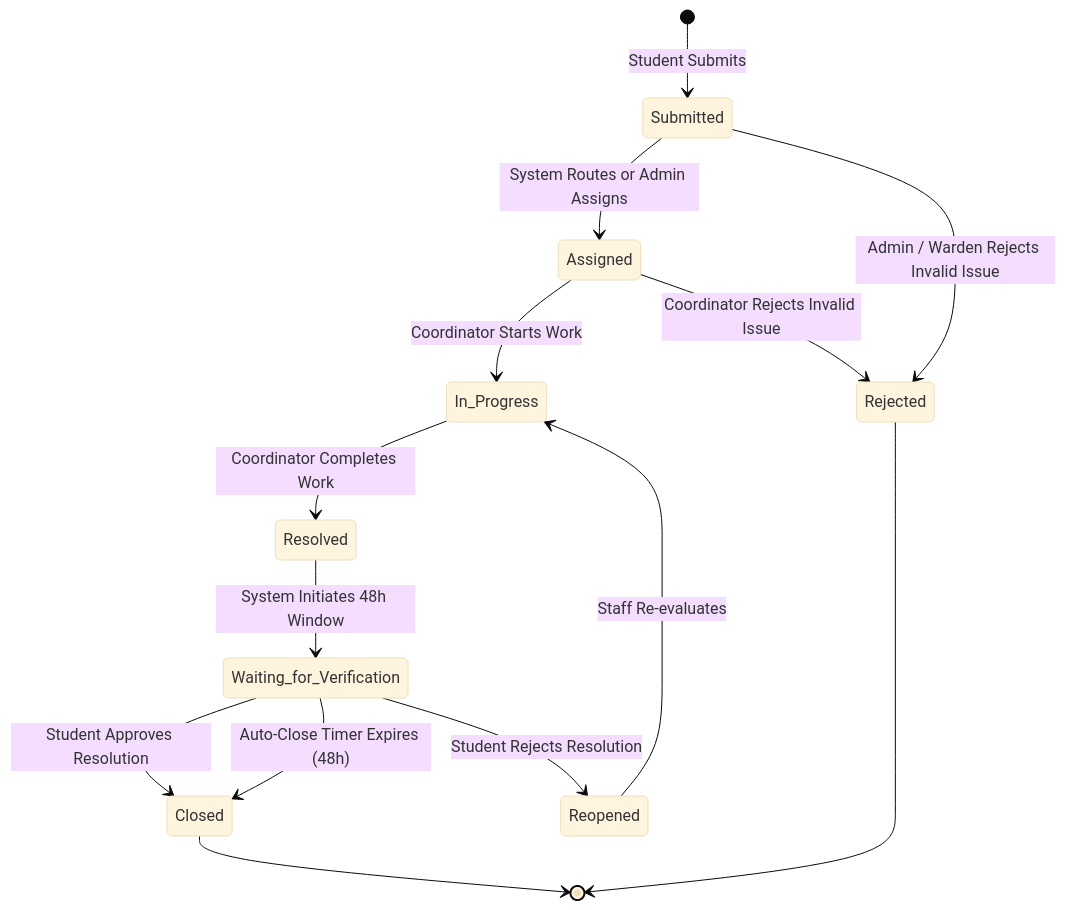
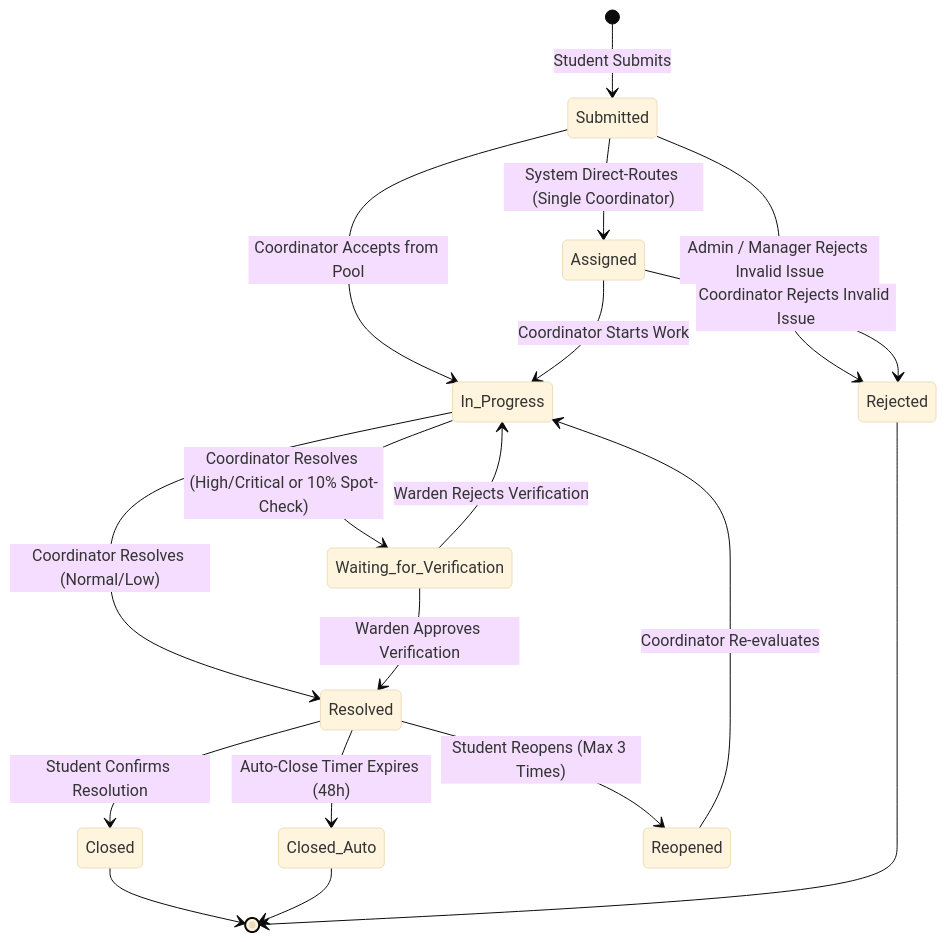
The second of 2 diagrams in docs/SECURITY_AUTHENTICATION_AND_NOTIFICATIONS.md (gowthame23/campus_pulse), drawn with Mermaid (base theme) before and after one commit. The commit also changed other lines of this file and 14 other files, not shown here.

````diff
--- a/docs/SECURITY_AUTHENTICATION_AND_NOTIFICATIONS.md
+++ b/docs/SECURITY_AUTHENTICATION_AND_NOTIFICATIONS.md
@@ -133,16 +134,20 @@
 ```mermaid
 stateDiagram-v2
     [*] --> Submitted : Student Submits
-    Submitted --> Assigned : System Routes or Admin Assigns
+    Submitted --> Assigned : System Direct-Routes (Single Coordinator)
+    Submitted --> In_Progress : Coordinator Accepts from Pool
     Assigned --> In_Progress : Coordinator Starts Work
-    In_Progress --> Resolved : Coordinator Completes Work
-    Resolved --> Waiting_for_Verification : System Initiates 48h Window
-    Waiting_for_Verification --> Closed : Student Approves Resolution
-    Waiting_for_Verification --> Closed : Auto-Close Timer Expires (48h)
-    Waiting_for_Verification --> Reopened : Student Rejects Resolution
-    Reopened --> In_Progress : Staff Re-evaluates
-    Submitted --> Rejected : Admin / Warden Rejects Invalid Issue
+    In_Progress --> Waiting_for_Verification : Coordinator Resolves (High/Critical or 10% Spot-Check)
+    In_Progress --> Resolved : Coordinator Resolves (Normal/Low)
+    Waiting_for_Verification --> Resolved : Warden Approves Verification
+    Waiting_for_Verification --> In_Progress : Warden Rejects Verification
+    Resolved --> Closed : Student Confirms Resolution
+    Resolved --> Closed_Auto : Auto-Close Timer Expires (48h)
+    Resolved --> Reopened : Student Reopens (Max 3 Times)
+    Reopened --> In_Progress : Coordinator Re-evaluates
+    Submitted --> Rejected : Admin / Manager Rejects Invalid Issue
     Assigned --> Rejected : Coordinator Rejects Invalid Issue
     Closed --> [*]
+    Closed_Auto --> [*]
     Rejected --> [*]
 ```
````
